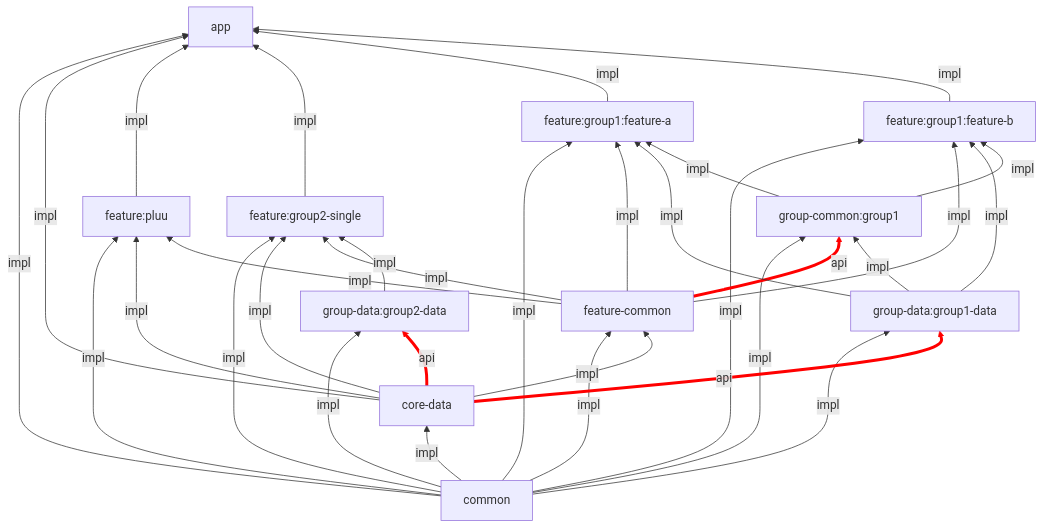
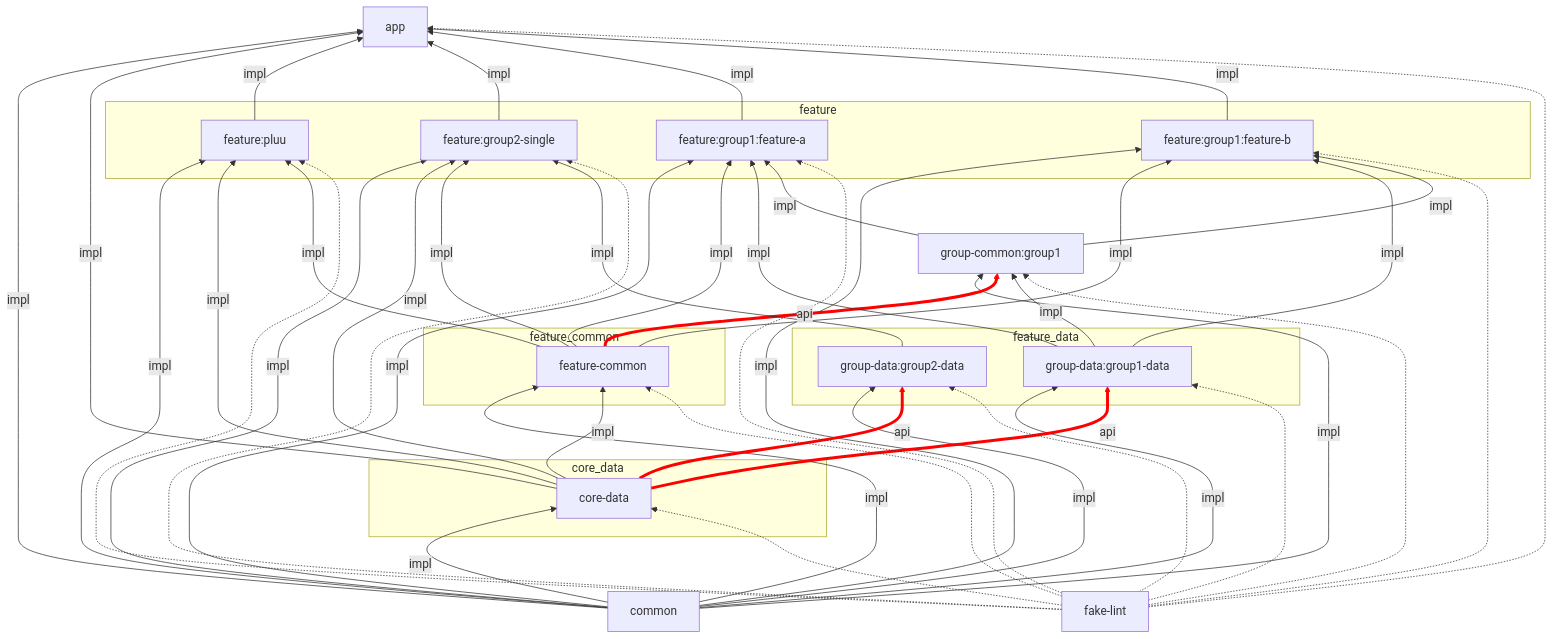
The diagram in README.md (Pluu/ModuleDependencyCheckSample), drawn with Mermaid before and after one commit. The commit also changed 14 other files, not shown here.

Commit message:
Add Fake lint module

````diff
--- a/README.md
+++ b/README.md
@@ -3,43 +3,71 @@
 ```mermaid
 graph BT;
+subgraph core_data
+core-data
+end
+subgraph feature_data
+group-data:group1-data
+group-data:group2-data
+end
+subgraph feature_common
+feature-common
+end
+subgraph feature
+feature:pluu
+feature:group1:feature-a
+feature:group1:feature-b
+feature:group2-single
+end
+
 common--impl-->app;
 common--impl-->core-data;
 common--impl-->feature-common;
 common--impl-->feature:pluu;
 common--impl-->group-data:group1-data;
 common--impl-->group-common:group1;
 common--impl-->feature:group1:feature-a;
 common--impl-->feature:group1:feature-b;
 common--impl-->group-data:group2-data;
 common--impl-->feature:group2-single;
 
 core-data--impl-->app;
 core-data--impl-->feature-common;
 core-data--impl-->feature:pluu;
 core-data--api-->group-data:group1-data;
 core-data--api-->group-data:group2-data;
 core-data--impl-->feature:group2-single;
 
 feature-common--impl-->feature:pluu;        
 feature-common--api-->group-common:group1;
 feature-common--impl-->feature:group1:feature-a;
 feature-common--impl-->feature:group1:feature-b;
 feature-common--impl-->feature:group2-single;   
 
 group-data:group1-data--impl-->group-common:group1;
 group-data:group1-data--impl-->feature:group1:feature-a;
 group-data:group1-data--impl-->feature:group1:feature-b;
 
 group-common:group1--impl-->feature:group1:feature-a;
 group-common:group1--impl-->feature:group1:feature-b;      
 
 feature:pluu--impl-->app;     
 group-data:group2-data--impl-->feature:group2-single;           
 feature:group2-single--impl-->app;
 feature:group1:feature-a--impl-->app;
-feature:group1:feature-b--impl-->app;     
+feature:group1:feature-b--impl-->app;   
+
+fake-lint-.->app;
+fake-lint-.->core-data;
+fake-lint-.->feature-common;
+fake-lint-.->feature:pluu;
+fake-lint-.->group-data:group1-data;
+fake-lint-.->group-common:group1;
+fake-lint-.->feature:group1:feature-a;
+fake-lint-.->feature:group1:feature-b;
+fake-lint-.->group-data:group2-data;
+fake-lint-.->feature:group2-single;
       
 linkStyle 13 stroke-width:4px,stroke:red
 linkStyle 14 stroke-width:4px,stroke:red
 linkStyle 17 stroke-width:4px,stroke:red
 ```
````
